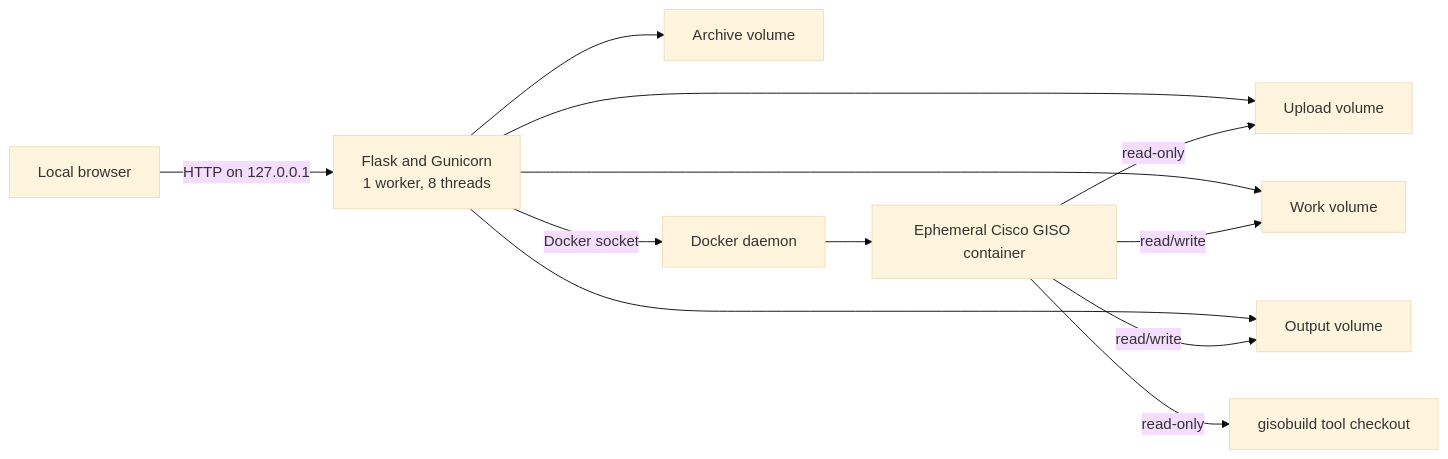
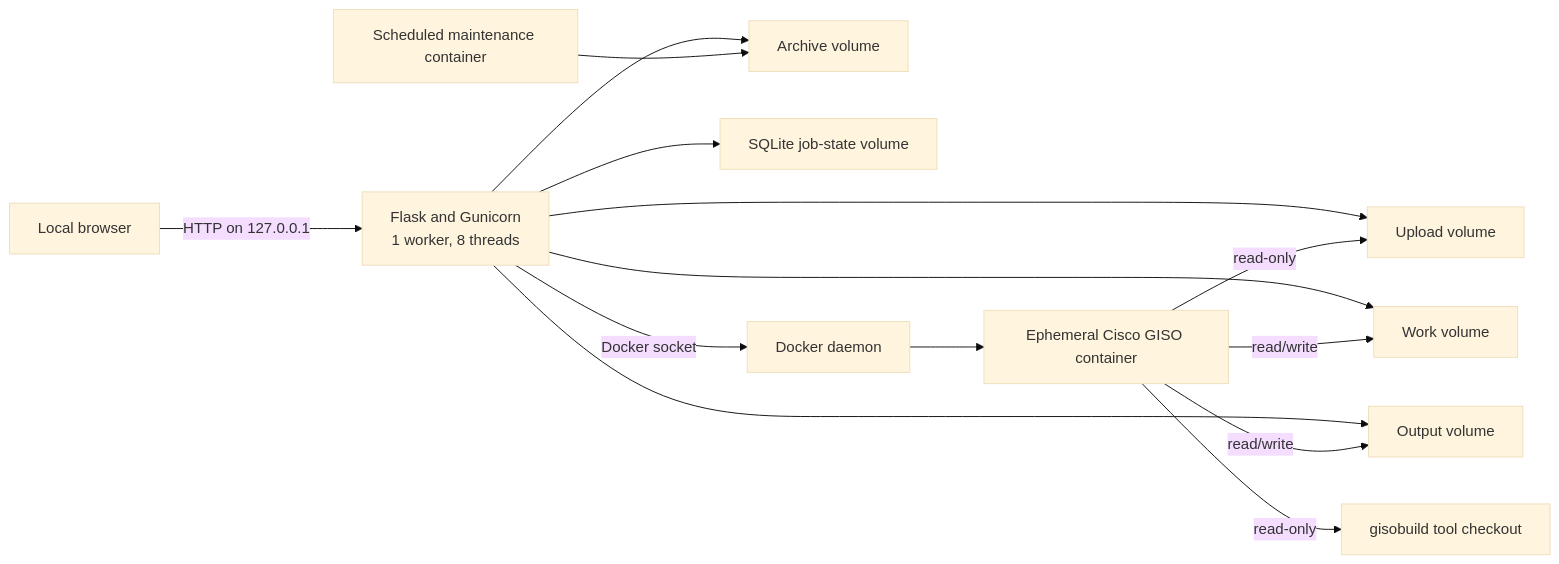
The diagram in ARCHITECTURE.md (patricklind/gisobuild-gui), drawn with Mermaid (base theme) before and after one commit. The commit also changed other lines of this file and 13 other files, not shown here.

````diff
--- a/ARCHITECTURE.md
+++ b/ARCHITECTURE.md
@@ -13,14 +13,16 @@
 ```mermaid
 flowchart LR
     U["Local browser"] -->|"HTTP on 127.0.0.1"| W["Flask and Gunicorn\n1 worker, 8 threads"]
     W --> V1["Upload volume"]
     W --> V2["Work volume"]
     W --> V3["Output volume"]
     W --> V4["Archive volume"]
+    W --> S["SQLite job-state volume"]
     W -->|"Docker socket"| D["Docker daemon"]
     D --> B["Ephemeral Cisco GISO container"]
     B -->|"read-only"| V1
     B -->|"read-only"| T["gisobuild tool checkout"]
     B -->|"read/write"| V2
     B -->|"read/write"| V3
+    M["Scheduled maintenance container"] --> V4
 ```
````
